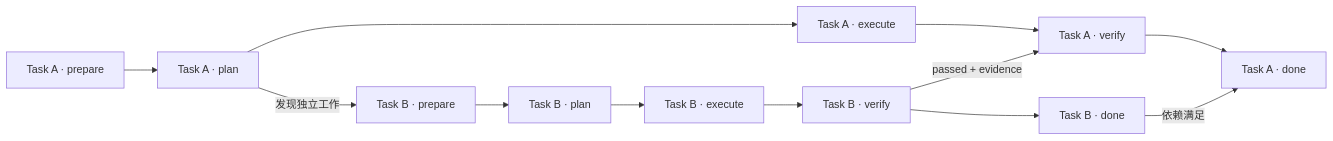
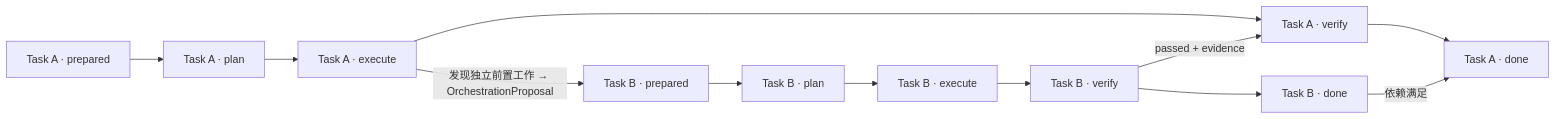
Before and after one commit to KDZZZZZZ/threadmill-AgentTeams: the second of 2 diagrams in docs/task-graph.md, drawn with Mermaid. The commit also changed other lines of this file and 10 other files, not shown here.

````diff
--- a/docs/task-graph.md
+++ b/docs/task-graph.md
@@ -212,16 +237,16 @@
 ```mermaid
 flowchart LR
-  A_prepare["Task A · prepare"] --> A_plan["Task A · plan"]
+  A_prepare["Task A · prepared"] --> A_plan["Task A · plan"]
   A_plan --> A_execute["Task A · execute"]
   A_execute --> A_verify["Task A · verify"]
   A_verify --> A_done["Task A · done"]
 
-  B_prepare["Task B · prepare"] --> B_plan["Task B · plan"]
+  B_prepare["Task B · prepared"] --> B_plan["Task B · plan"]
   B_plan --> B_execute["Task B · execute"]
   B_execute --> B_verify["Task B · verify"]
   B_verify --> B_done["Task B · done"]
 
-  A_plan -->|"发现独立工作"| B_prepare
+  A_execute -->|"发现独立前置工作 → OrchestrationProposal"| B_prepare
   B_verify -->|"passed + evidence"| A_verify
   B_done -->|"依赖满足"| A_done
 ```
````
